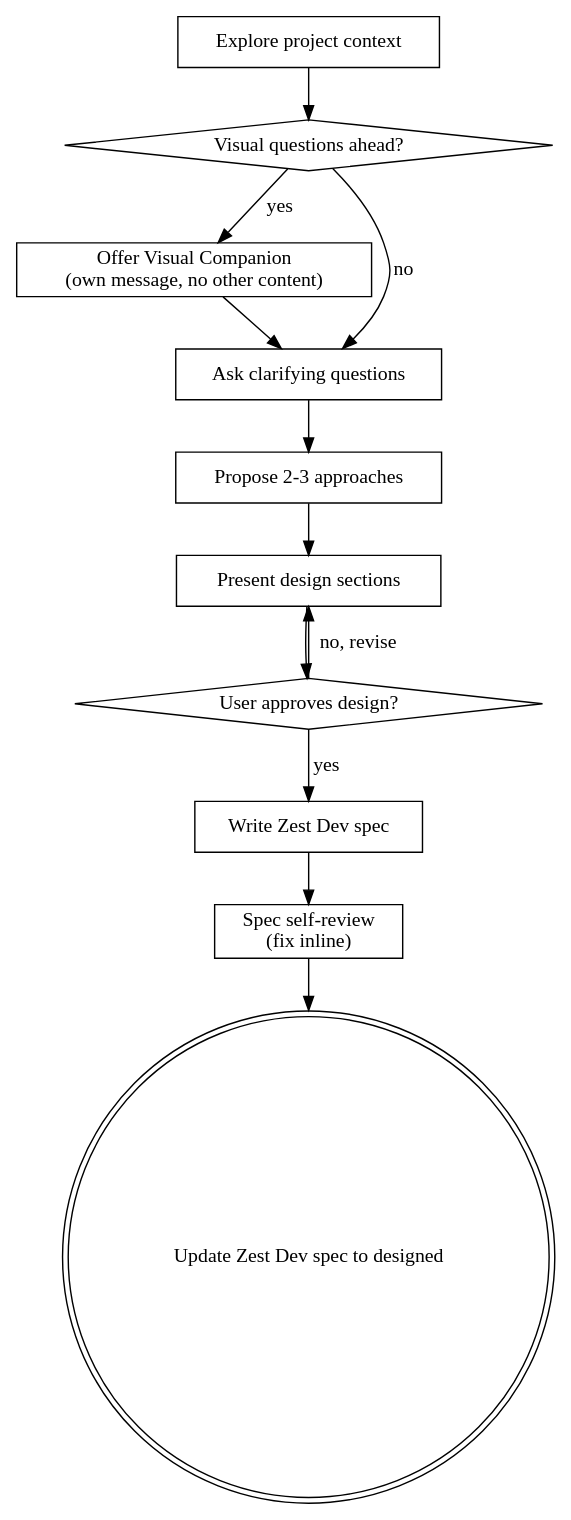
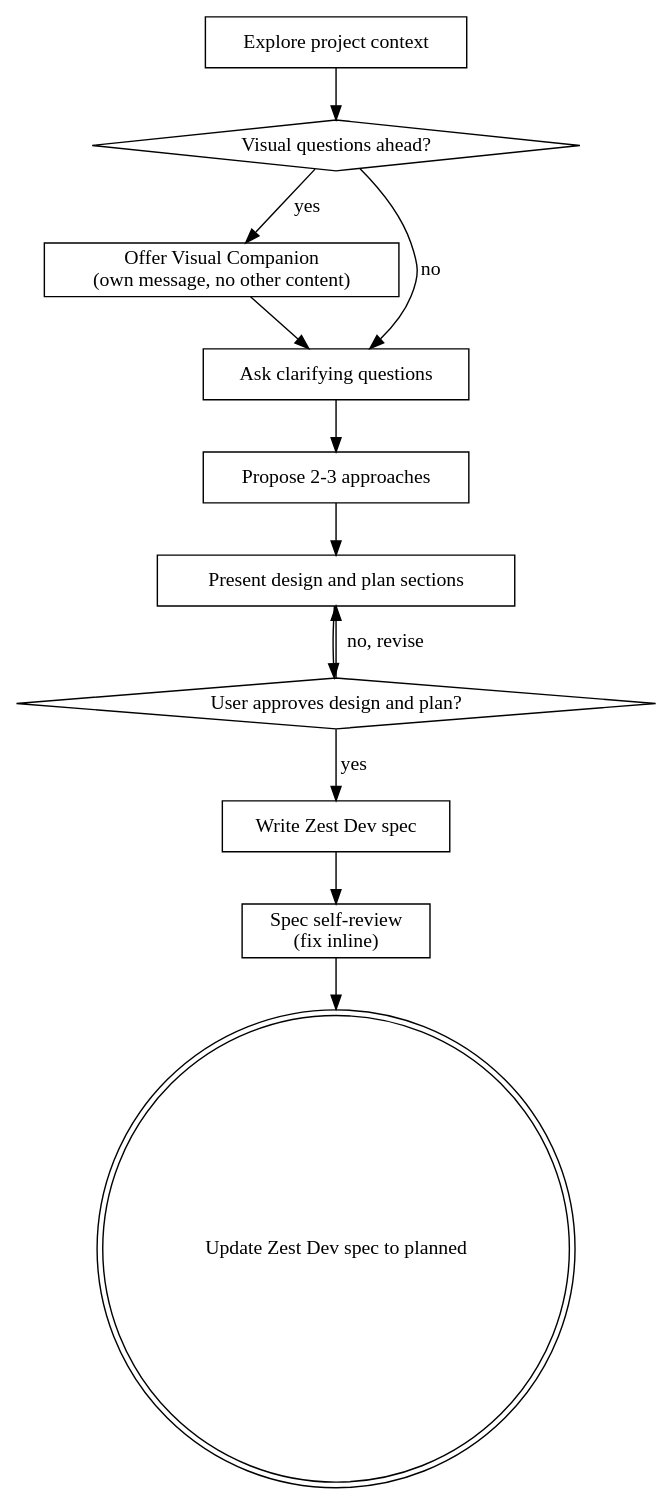
One commit to nettee/zest-dev changed the diagram in skills/brainstorming/SKILL.md. Above: the diagram before and after it, drawn with Graphviz. The commit also changed other lines of this file and 15 other files, not shown here.

````diff
--- a/skills/brainstorming/SKILL.md
+++ b/skills/brainstorming/SKILL.md
@@ -35,26 +35,26 @@
 ```dot
 digraph brainstorming {
     "Explore project context" [shape=box];
     "Visual questions ahead?" [shape=diamond];
     "Offer Visual Companion\n(own message, no other content)" [shape=box];
     "Ask clarifying questions" [shape=box];
     "Propose 2-3 approaches" [shape=box];
-    "Present design sections" [shape=box];
-    "User approves design?" [shape=diamond];
+    "Present design and plan sections" [shape=box];
+    "User approves design and plan?" [shape=diamond];
     "Write Zest Dev spec" [shape=box];
     "Spec self-review\n(fix inline)" [shape=box];
-    "Update Zest Dev spec to designed" [shape=doublecircle];
+    "Update Zest Dev spec to planned" [shape=doublecircle];
 
     "Explore project context" -> "Visual questions ahead?";
     "Visual questions ahead?" -> "Offer Visual Companion\n(own message, no other content)" [label="yes"];
     "Visual questions ahead?" -> "Ask clarifying questions" [label="no"];
     "Offer Visual Companion\n(own message, no other content)" -> "Ask clarifying questions";
     "Ask clarifying questions" -> "Propose 2-3 approaches";
-    "Propose 2-3 approaches" -> "Present design sections";
-    "Present design sections" -> "User approves design?";
-    "User approves design?" -> "Present design sections" [label="no, revise"];
-    "User approves design?" -> "Write Zest Dev spec" [label="yes"];
+    "Propose 2-3 approaches" -> "Present design and plan sections";
+    "Present design and plan sections" -> "User approves design and plan?";
+    "User approves design and plan?" -> "Present design and plan sections" [label="no, revise"];
+    "User approves design and plan?" -> "Write Zest Dev spec" [label="yes"];
     "Write Zest Dev spec" -> "Spec self-review\n(fix inline)";
-    "Spec self-review\n(fix inline)" -> "Update Zest Dev spec to designed";
+    "Spec self-review\n(fix inline)" -> "Update Zest Dev spec to planned";
 }
 ```
````
